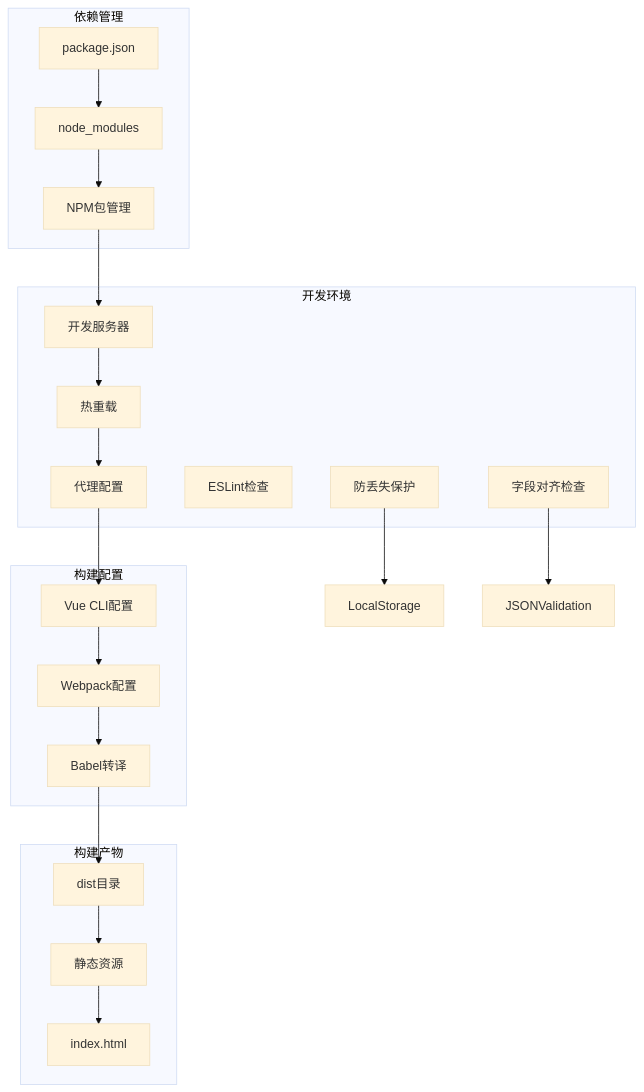
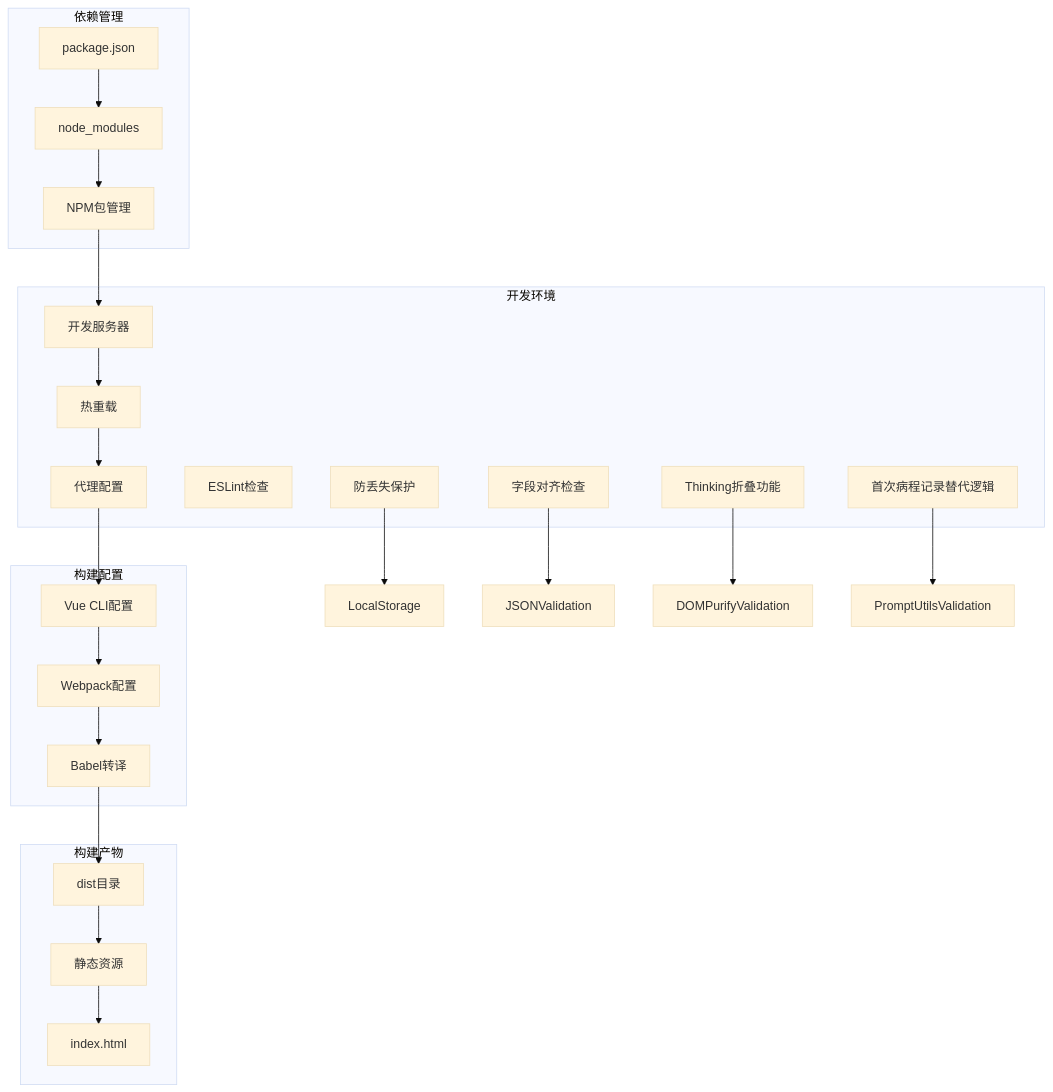
Diagram 18 of 20 in .qoder/repowiki/zh/content/Medical Record Operation Guide.md (liuzh2008/med_ai_assistant_workspace), drawn with Mermaid (base theme) before and after one commit. The commit also changed other lines of this file and 9 other files, not shown here.

````diff
--- a/.qoder/repowiki/zh/content/Medical Record Operation Guide.md
+++ b/.qoder/repowiki/zh/content/Medical Record Operation Guide.md
@@ -1613,39 +1788,43 @@
 ```mermaid
 graph TB
 subgraph "开发环境"
 DevServer[开发服务器]
 HotReload[热重载]
 Proxy[代理配置]
 ESLint[ESLint检查]
 DraftProtection[防丢失保护]
 FieldAlignment[字段对齐检查]
+ThinkingFold[Thinking折叠功能]
+FirstCourseSubstitute[首次病程记录替代逻辑]
 end
 subgraph "构建配置"
 VueCLI[Vue CLI配置]
 Webpack[Webpack配置]
 Babel[Babel转译]
 end
 subgraph "依赖管理"
 PackageJSON[package.json]
 NodeModules[node_modules]
 NPM[NPM包管理]
 end
 subgraph "构建产物"
 Dist[dist目录]
 Assets[静态资源]
 IndexHTML[index.html]
 end
 DevServer --> HotReload
 HotReload --> Proxy
 Proxy --> VueCLI
 VueCLI --> Webpack
 Webpack --> Babel
 Babel --> Dist
 PackageJSON --> NodeModules
 NodeModules --> NPM
 NPM --> DevServer
 Dist --> Assets
 Assets --> IndexHTML
 DraftProtection --> LocalStorage
 FieldAlignment --> JSONValidation
+ThinkingFold --> DOMPurifyValidation
+FirstCourseSubstitute --> PromptUtilsValidation
 ```
````
